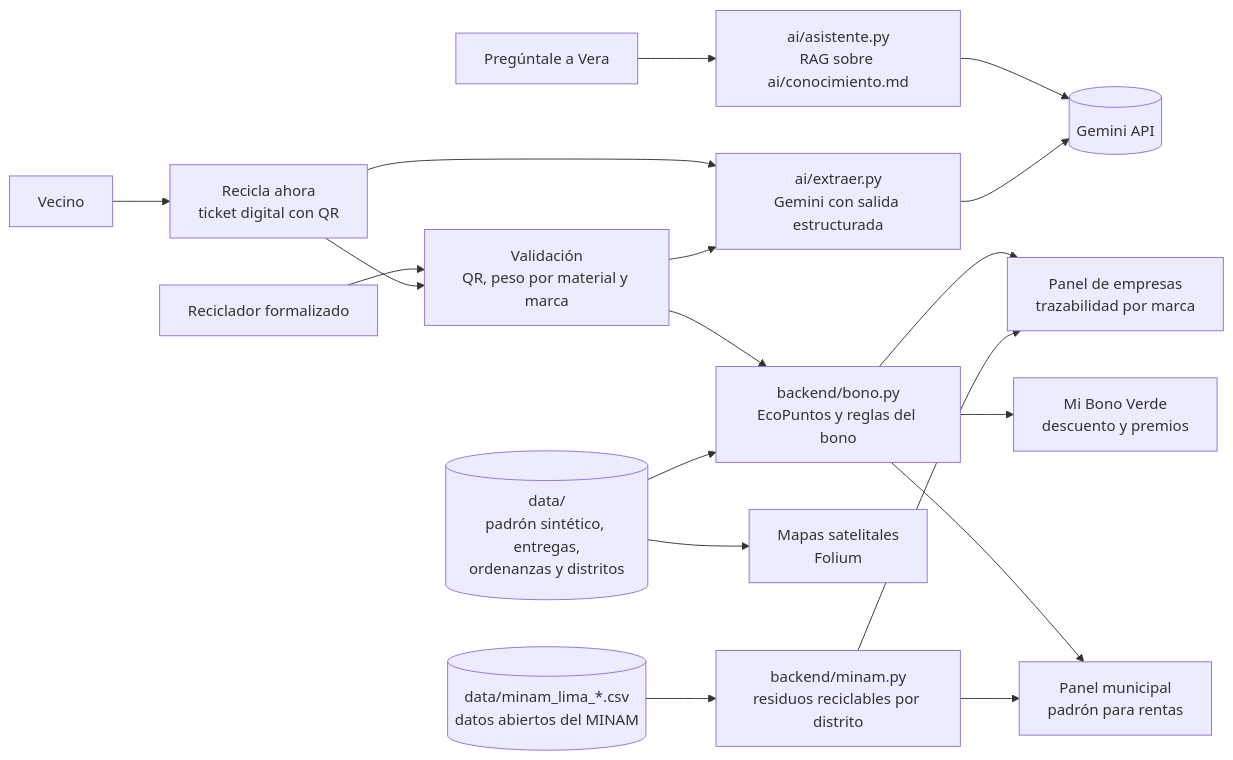
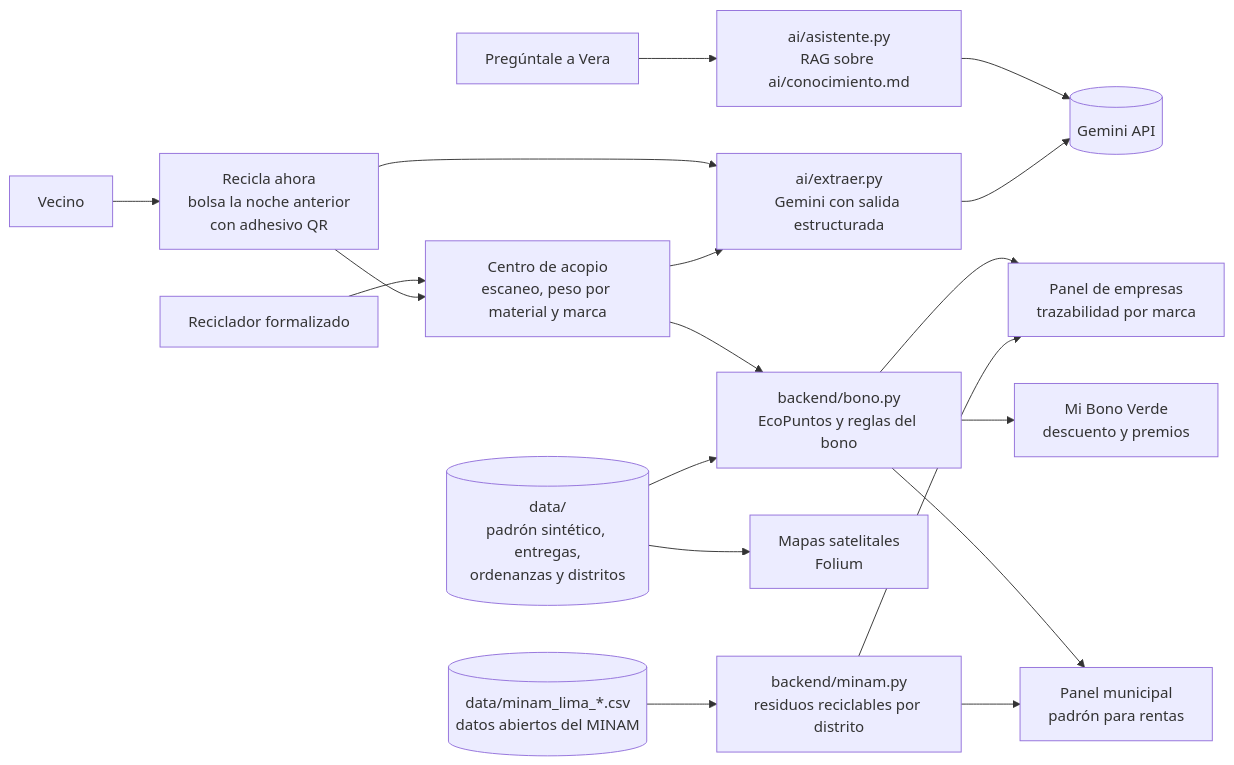
Before and after one commit to anakaren-zl/minka: the diagram in README.md, drawn with Mermaid. The commit also changed other lines of this file, not shown here.

Commit message:
README con estrategia de incentivos y cinco conversaciones

````diff
--- a/README.md
+++ b/README.md
@@ -194,20 +286,20 @@
 ```mermaid
 flowchart LR
-    V["Vecino"] --> R["Recicla ahora<br/>ticket digital con QR"]
-    RE["Reciclador formalizado"] --> VA["Validación<br/>QR, peso por material y marca"]
+    V["Vecino"] --> R["Recicla ahora<br/>bolsa la noche anterior<br/>con adhesivo QR"]
+    RE["Reciclador formalizado"] --> VA["Centro de acopio<br/>escaneo, peso por material y marca"]
     R --> VA
     VA --> B["backend/bono.py<br/>EcoPuntos y reglas del bono"]
     B --> M["Panel municipal<br/>padrón para rentas"]
     B --> E["Panel de empresas<br/>trazabilidad por marca"]
     B --> MB["Mi Bono Verde<br/>descuento y premios"]
     R --> X["ai/extraer.py<br/>Gemini con salida estructurada"]
     VA --> X
     VE["Pregúntale a Vera"] --> RAG["ai/asistente.py<br/>RAG sobre ai/conocimiento.md"]
     RAG --> G[("Gemini API")]
     X --> G
     D[("data/<br/>padrón sintético, entregas,<br/>ordenanzas y distritos")] --> B
     D --> MAP["Mapas satelitales<br/>Folium"]
     MN[("data/minam_lima_*.csv<br/>datos abiertos del MINAM")] --> MI["backend/minam.py<br/>residuos reciclables por distrito"]
     MI --> M
     MI --> E
 ```
````
